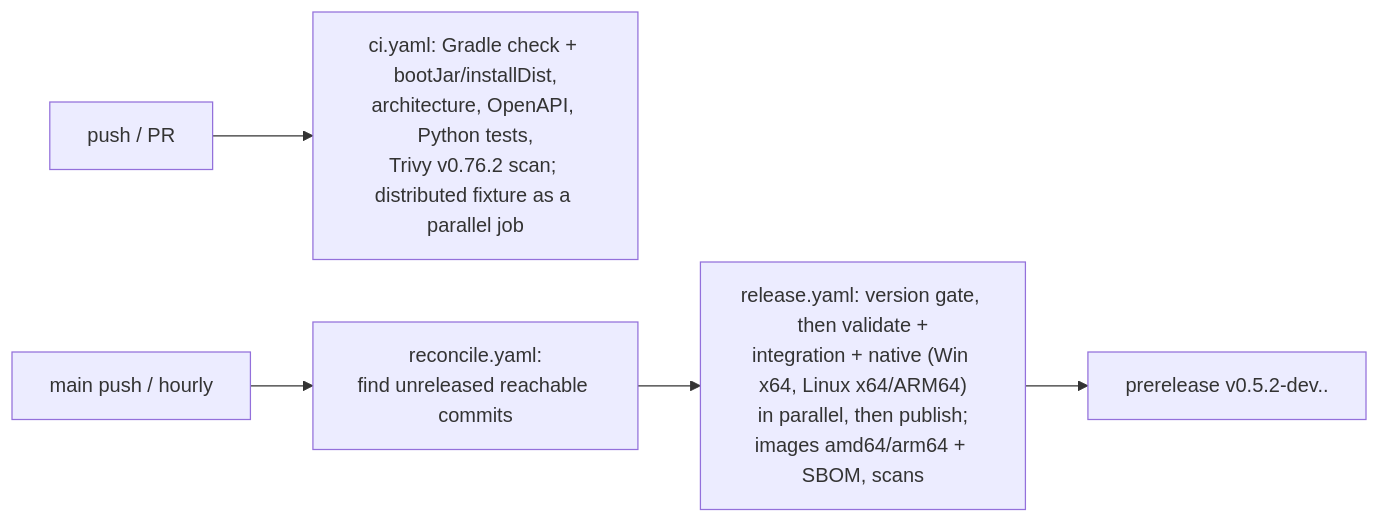
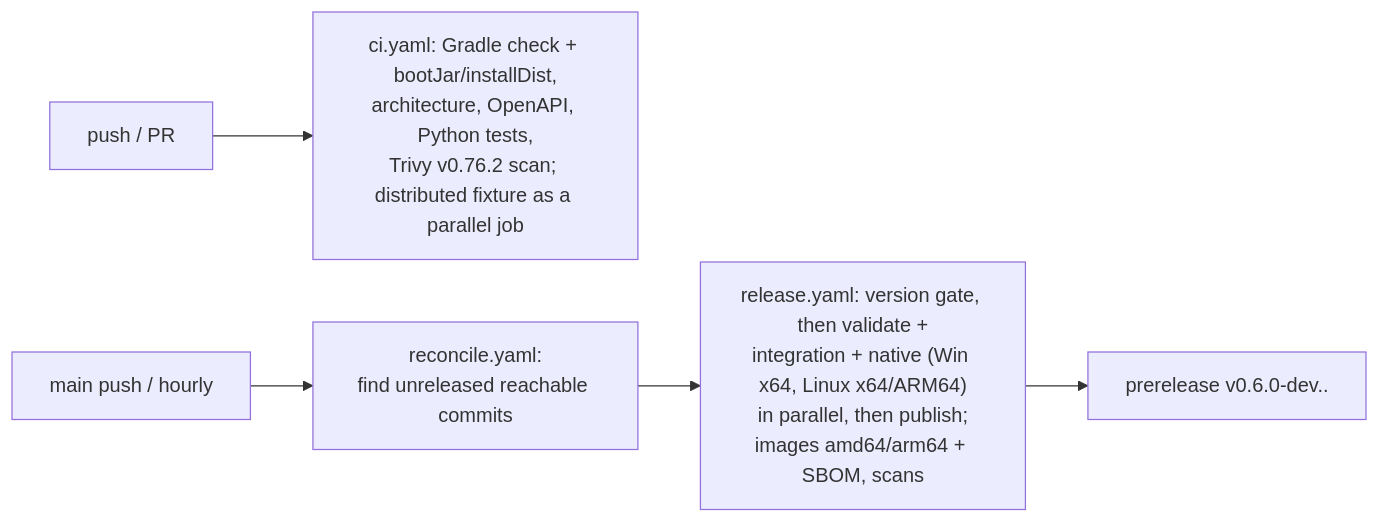
One commit to athegreat90/minecraft-modsync changed diagram 12 of 12 in docs/GUIDE.md. Above: the diagram before and after it, drawn with Mermaid. The commit also changed 18 other files, not shown here.

````diff
--- a/docs/GUIDE.md
+++ b/docs/GUIDE.md
@@ -384,7 +384,7 @@
 ```mermaid
 flowchart LR
   PR[push / PR] --> CI["ci.yaml: Gradle check + bootJar/installDist,\narchitecture, OpenAPI, Python tests,\nTrivy v0.76.2 scan; distributed fixture as a parallel job"]
   main[main push / hourly] --> REC["reconcile.yaml:\nfind unreleased reachable commits"]
   REC --> REL["release.yaml: version gate, then validate +\nintegration + native (Win x64, Linux x64/ARM64)\nin parallel, then publish;\nimages amd64/arm64 + SBOM, scans"]
-  REL --> PRE["prerelease v0.5.2-dev.<time>.<sha>"]
+  REL --> PRE["prerelease v0.6.0-dev.<time>.<sha>"]
 ```
````
